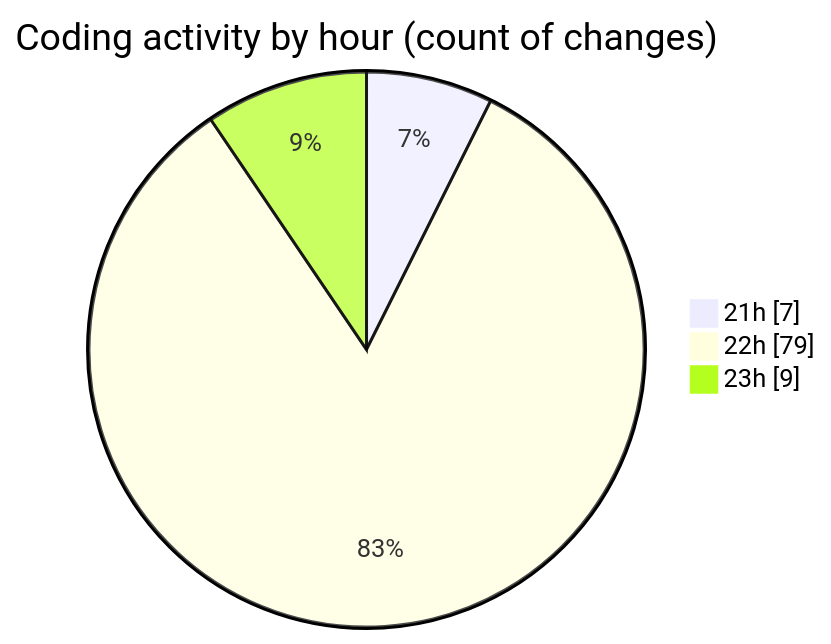
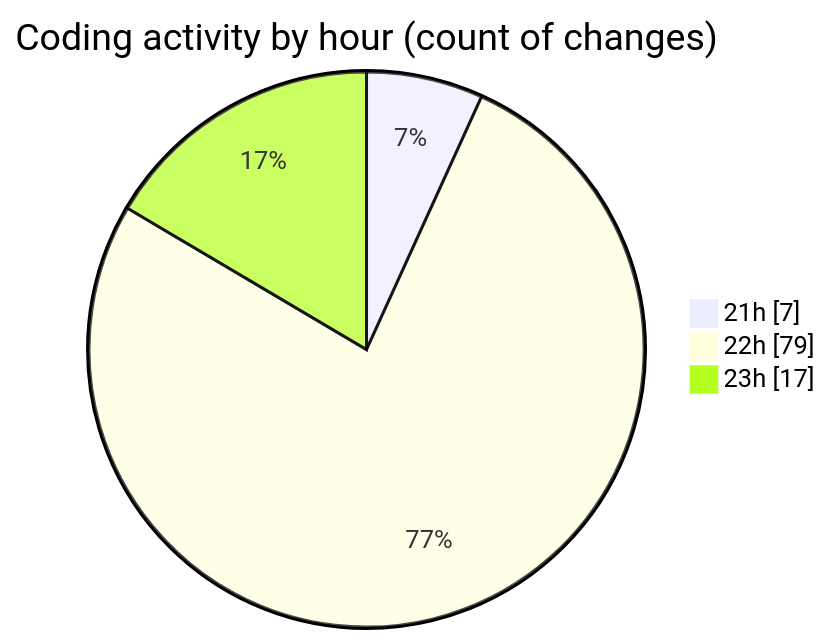
The second of 2 diagrams in 2025-08-26/mcp-web/README.md (EIIisD/code-tracking), drawn with Mermaid before and after one commit. The commit also changed other lines of this file and 1 other file, not shown here.

````diff
--- a/2025-08-26/mcp-web/README.md
+++ b/2025-08-26/mcp-web/README.md
@@ -36,7 +37,7 @@
 ```mermaid
 pie showData
 title Coding activity by hour (count of changes)
 "21h" : 7
 "22h" : 79
-"23h" : 9
+"23h" : 17
 ```
````
